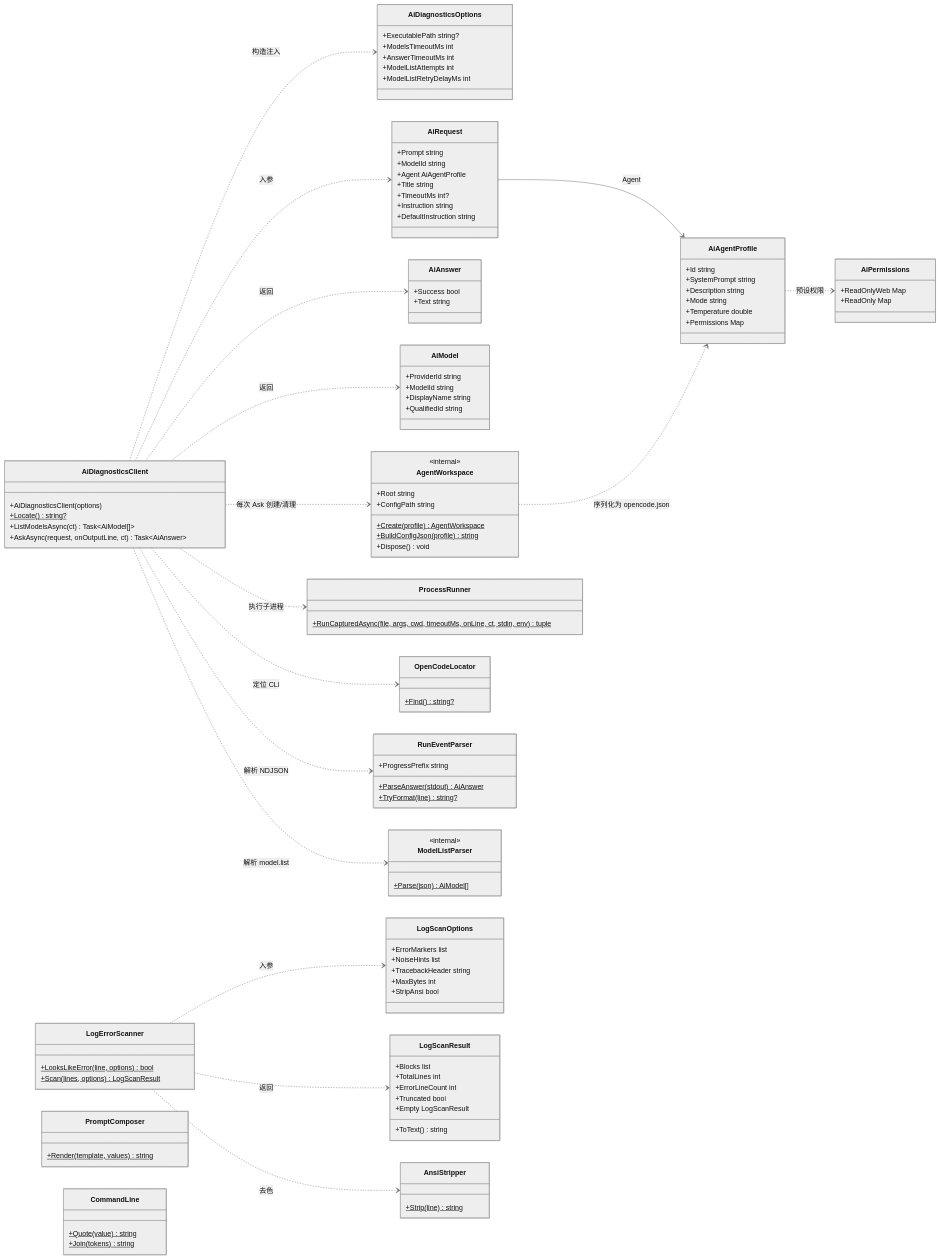
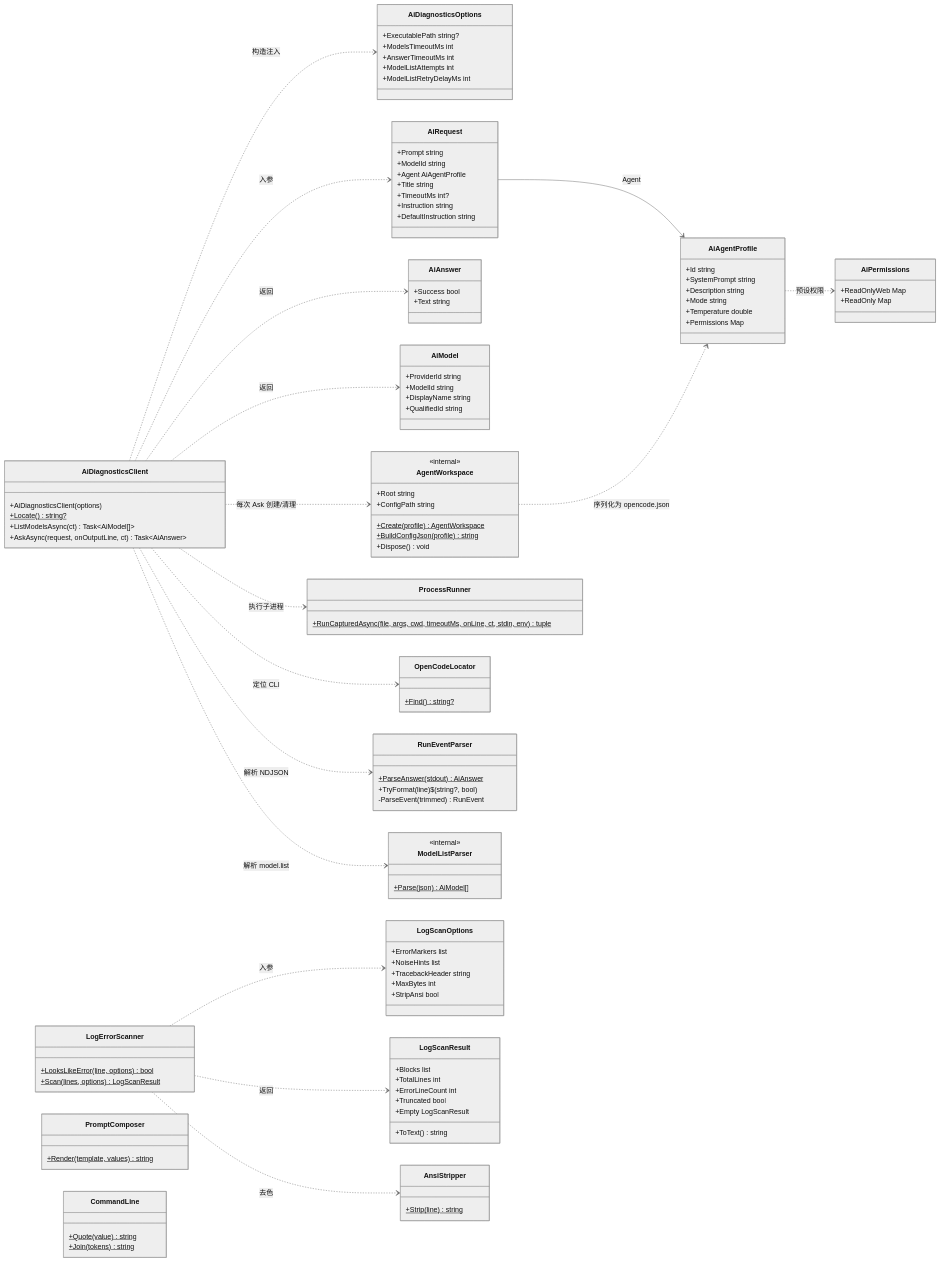
One commit to self-exiler/SongYueLauncher changed the first of 2 diagrams in src/AiDiagnostics/README.md. Above: the diagram before and after it, drawn with Mermaid (neutral theme). The commit also changed other lines of this file and 21 other files, not shown here.

```diff
--- a/src/AiDiagnostics/README.md
+++ b/src/AiDiagnostics/README.md
@@ -302,9 +302,9 @@
     }
 
     class RunEventParser {
-        +ProgressPrefix string
         +ParseAnswer(stdout)$ AiAnswer
-        +TryFormat(line)$ string?
+        +TryFormat(line)$ (string?, bool)
+        -ParseEvent(trimmed) RunEvent
     }
 
     class ProcessRunner {
```
